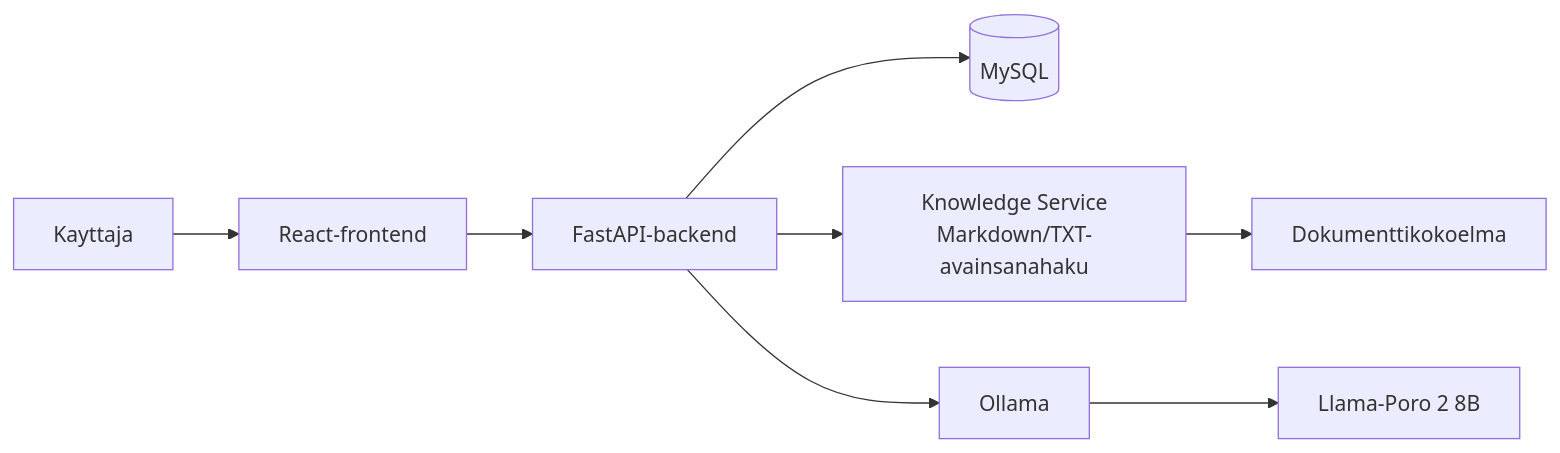
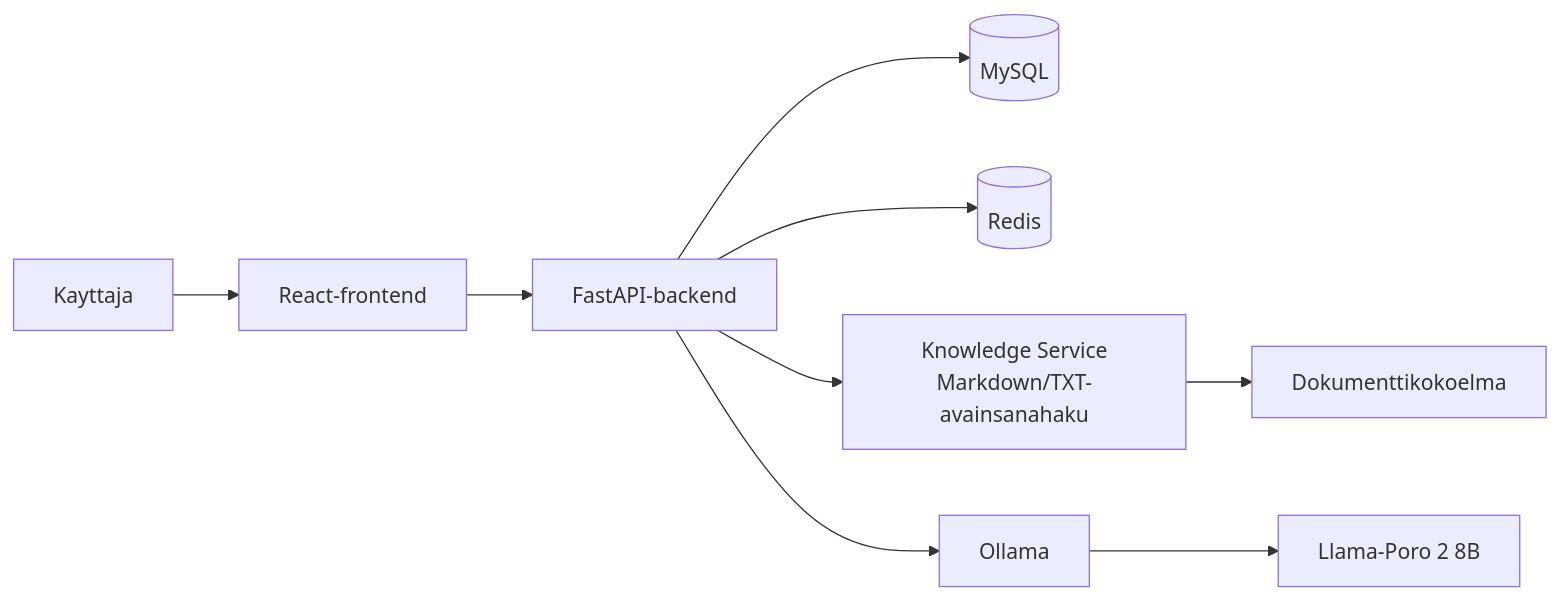
Before and after one commit to ScoderKu/AI-HelpDesk: the first of 2 diagrams in README.md, drawn with Mermaid. The commit also changed other lines of this file and 7 other files, not shown here.

````diff
--- a/README.md
+++ b/README.md
@@ -35,10 +36,11 @@
 ```mermaid
 flowchart LR
     U[Kayttaja] --> F[React-frontend]
     F --> B[FastAPI-backend]
     B --> DB[(MySQL)]
+    B --> R[(Redis)]
     B --> K[Knowledge Service<br/>Markdown/TXT-avainsanahaku]
     K --> D[Dokumenttikokoelma]
     B --> O[Ollama]
     O --> M[Llama-Poro 2 8B]
 ```
````
